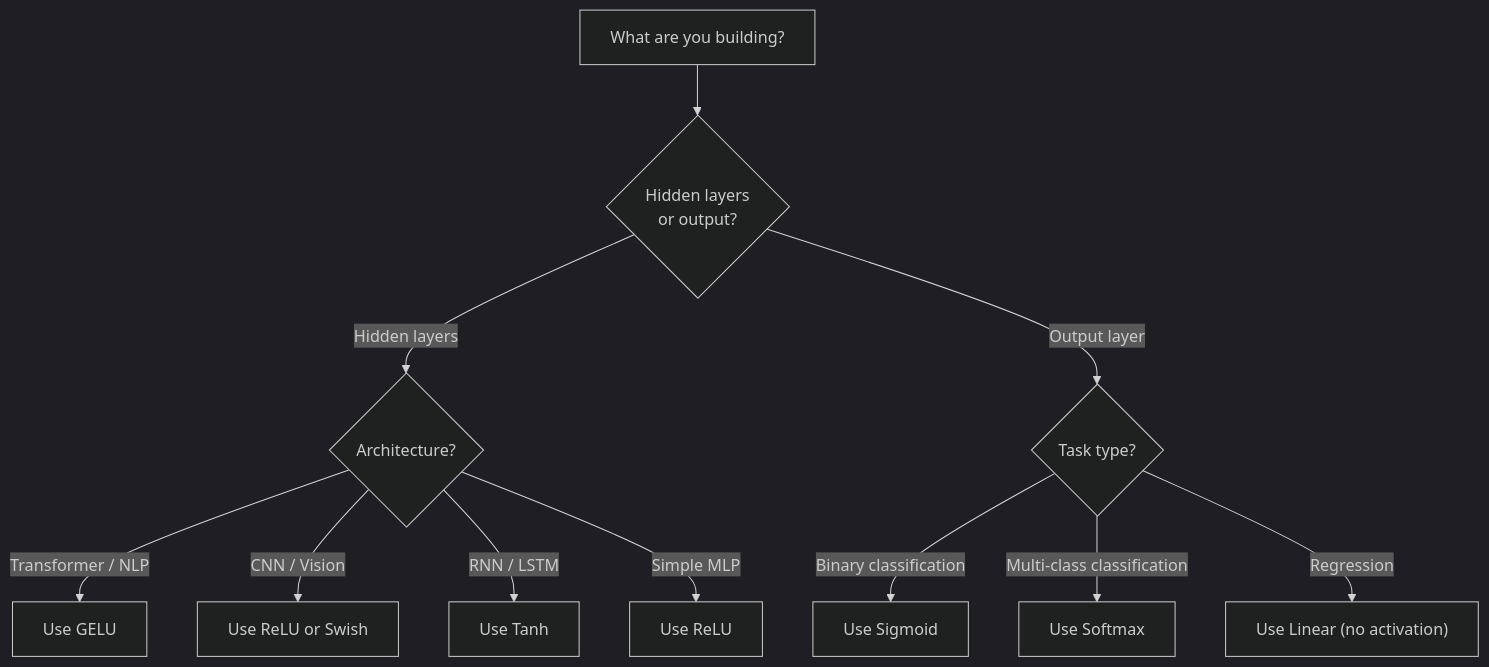
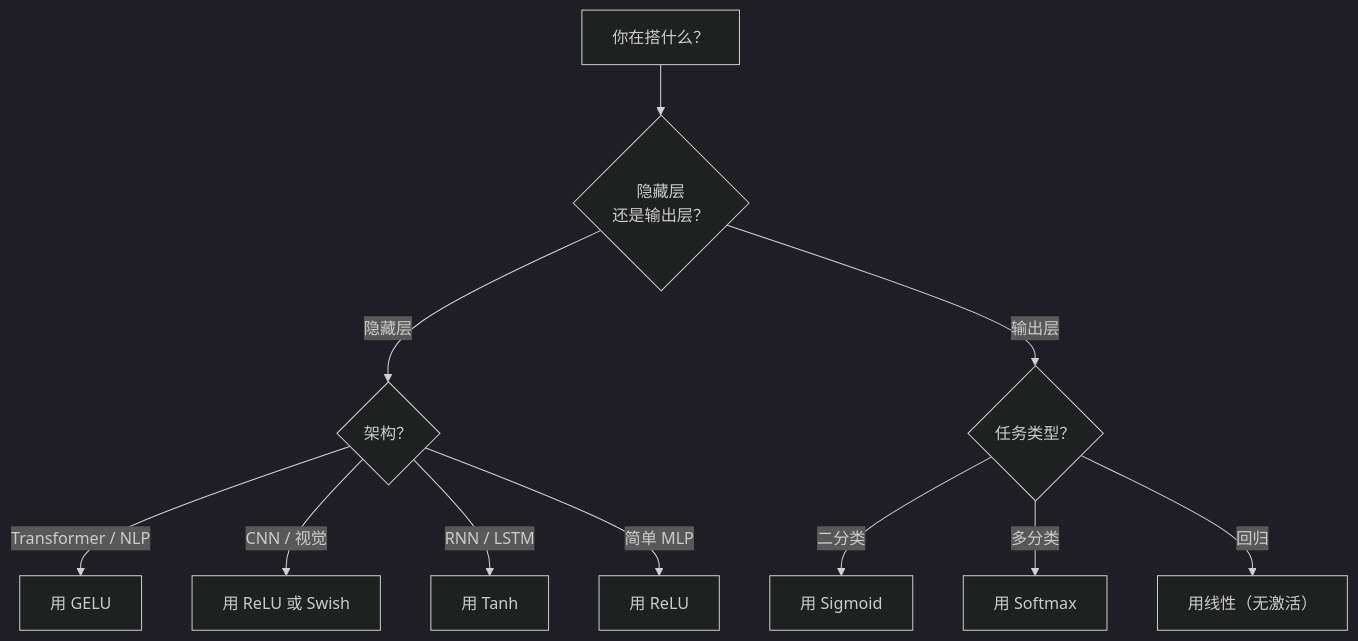
One commit to alessandrodinisio-ai/ai-engineering-learning-framework changed the third of 3 diagrams in phases/03-deep-learning-core/04-activation-functions/docs/zh.md. Above: the diagram before and after it, drawn with Mermaid (dark theme). The commit also changed other lines of this file and 120 other files, not shown here.

First line of the commit message:
i18n(mermaid): 337 个 mermaid 图表标签中文化

````diff
--- a/phases/03-deep-learning-core/04-activation-functions/docs/zh.md
+++ b/phases/03-deep-learning-core/04-activation-functions/docs/zh.md
@@ -202,16 +202,16 @@
 ```mermaid
 flowchart TD
-    Start["What are you building?"] --> Hidden{"Hidden layers<br/>or output?"}
+    Start["你在搭什么？"] --> Hidden{"隐藏层<br/>还是输出层？"}
 
-    Hidden -->|"Hidden layers"| Arch{"Architecture?"}
-    Hidden -->|"Output layer"| Task{"Task type?"}
+    Hidden -->|"隐藏层"| Arch{"架构？"}
+    Hidden -->|"输出层"| Task{"任务类型？"}
 
-    Arch -->|"Transformer / NLP"| GELU["Use GELU"]
-    Arch -->|"CNN / Vision"| ReLU["Use ReLU or Swish"]
-    Arch -->|"RNN / LSTM"| Tanh["Use Tanh"]
-    Arch -->|"Simple MLP"| ReLU2["Use ReLU"]
+    Arch -->|"Transformer / NLP"| GELU["用 GELU"]
+    Arch -->|"CNN / 视觉"| ReLU["用 ReLU 或 Swish"]
+    Arch -->|"RNN / LSTM"| Tanh["用 Tanh"]
+    Arch -->|"简单 MLP"| ReLU2["用 ReLU"]
 
-    Task -->|"Binary classification"| Sigmoid["Use Sigmoid"]
-    Task -->|"Multi-class classification"| Softmax["Use Softmax"]
-    Task -->|"Regression"| Linear["Use Linear (no activation)"]
+    Task -->|"二分类"| Sigmoid["用 Sigmoid"]
+    Task -->|"多分类"| Softmax["用 Softmax"]
+    Task -->|"回归"| Linear["用线性（无激活）"]
 ```
````
